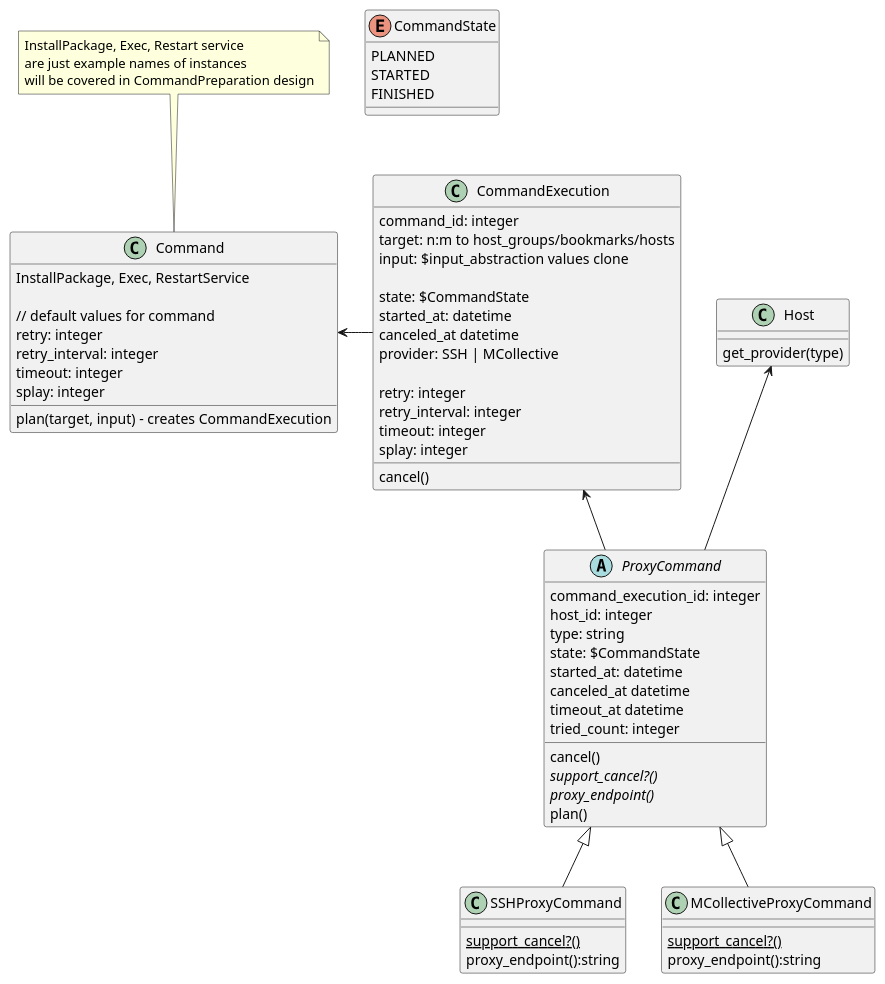
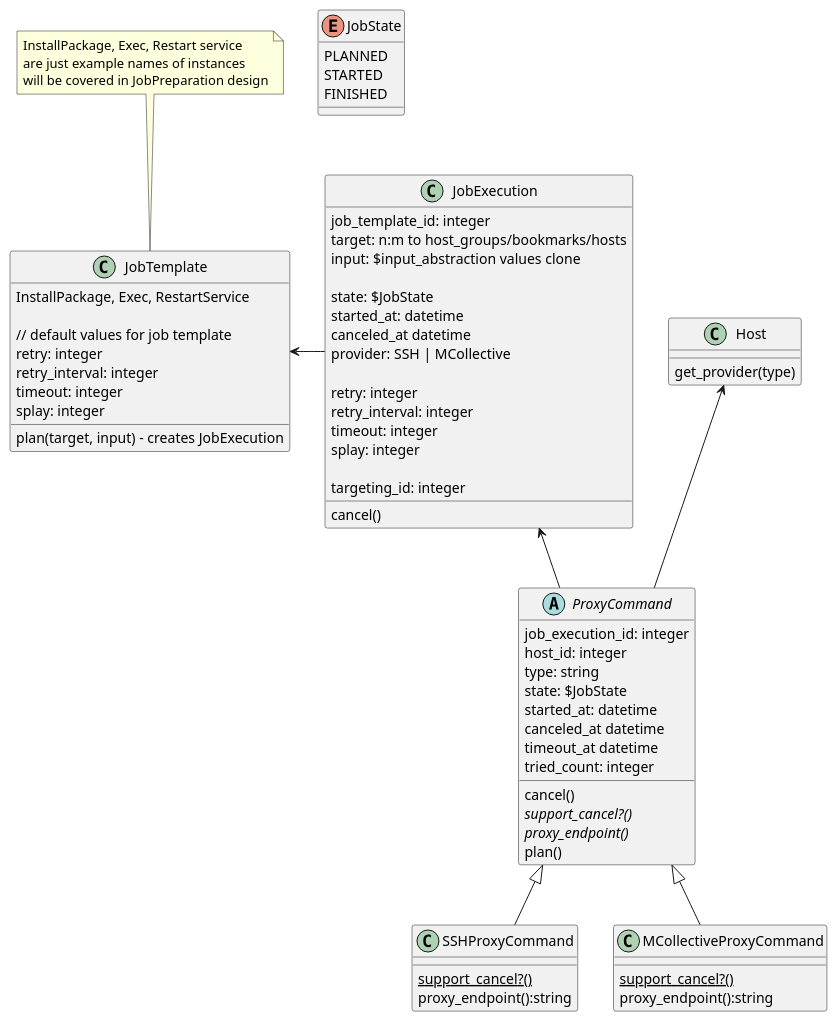
One commit to theforeman/foreman_remote_execution changed the seventh of 7 diagrams in doc/source/design/index.md. Above: the diagram before and after it, drawn with PlantUML. The commit also changed other lines of this file, not shown here.

Commit message:
Add command invocation and move execution stories

```diff
--- a/doc/source/design/index.md
+++ b/doc/source/design/index.md
@@ -371,76 +465,78 @@
 {% plantuml %}
 
-class Command {
+class JobTemplate {
   InstallPackage, Exec, RestartService
 
-  // default values for command
+  // default values for job template
   retry: integer
   retry_interval: integer
   timeout: integer
   splay: integer
 
-  plan(target, input) - creates CommandExecution
+  plan(target, input) - creates JobExecution
 }
-note top of Command: InstallPackage, Exec, Restart service\nare just example names of instances\nwill be covered in CommandPreparation design
+note top of JobTemplate: InstallPackage, Exec, Restart service\nare just example names of instances\nwill be covered in JobPreparation design
 
 class Host {
   get_provider(type)
 }
 
-class CommandExecution {
-  command_id: integer
+class JobExecution {
+  job_template_id: integer
   target: n:m to host_groups/bookmarks/hosts
   input: $input_abstraction values clone
 
-  state: $CommandState
+  state: $JobState
   started_at: datetime
   canceled_at datetime
   provider: SSH | MCollective
 
   retry: integer
   retry_interval: integer
   timeout: integer
   splay: integer
 
+  targeting_id: integer
+
   cancel()
 }
 
 abstract class ProxyCommand {
-  command_execution_id: integer
+  job_execution_id: integer
   host_id: integer
   type: string
-  state: $CommandState
+  state: $JobState
   started_at: datetime
   canceled_at datetime
   timeout_at datetime
   tried_count: integer
   cancel()
   {abstract} support_cancel?()
   {abstract} proxy_endpoint()
   plan()
 }
 
 class SSHProxyCommand {
   {static} support_cancel?()
   proxy_endpoint():string
 }
 
 class MCollectiveProxyCommand {
   {static} support_cancel?()
   proxy_endpoint():string
 }
 
-enum CommandState {
+enum JobState {
 PLANNED
 STARTED
 FINISHED
 }
 
-Command <- CommandExecution
-CommandExecution <-- ProxyCommand
+JobTemplate <- JobExecution
+JobExecution <-- ProxyCommand
 Host <-- ProxyCommand
 
 ProxyCommand <|-- SSHProxyCommand
 ProxyCommand <|-- MCollectiveProxyCommand
 
 {% endplantuml %}
```
